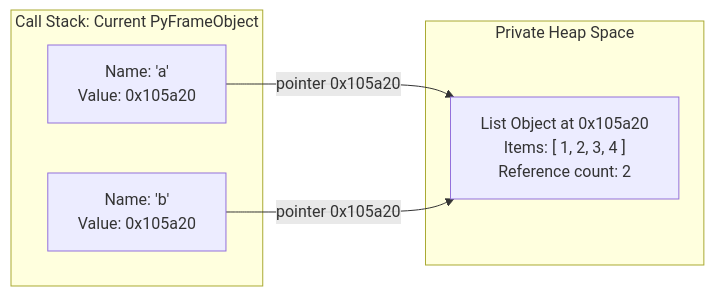
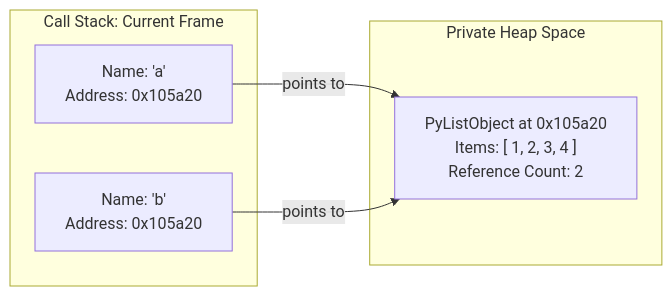
The diagram in src/content/docs/foundations/mental-model.mdx (AchuAshwath/Cthru-Python), drawn with Mermaid before and after one commit. The commit also changed other lines of this file and 2 other files, not shown here.

````diff
--- a/src/content/docs/foundations/mental-model.mdx
+++ b/src/content/docs/foundations/mental-model.mdx
@@ -86,14 +92,14 @@
 ```mermaid
 flowchart LR
-    subgraph Stack["Call Stack: Current PyFrameObject"]
-        varA["Name: 'a'<br/>Value: 0x105a20"]
-        varB["Name: 'b'<br/>Value: 0x105a20"]
+    subgraph Stack["Call Stack: Current Frame"]
+        varA["Name: 'a'<br/>Address: 0x105a20"]
+        varB["Name: 'b'<br/>Address: 0x105a20"]
     end
 
     subgraph Heap["Private Heap Space"]
-        listObj["List Object at 0x105a20<br/>Items: [ 1, 2, 3, 4 ]<br/>Reference count: 2"]
+        listObj["PyListObject at 0x105a20<br/>Items: [ 1, 2, 3, 4 ]<br/>Reference Count: 2"]
     end
 
-    varA -->|pointer 0x105a20| listObj
-    varB -->|pointer 0x105a20| listObj
+    varA -->|points to| listObj
+    varB -->|points to| listObj
 ```
````
